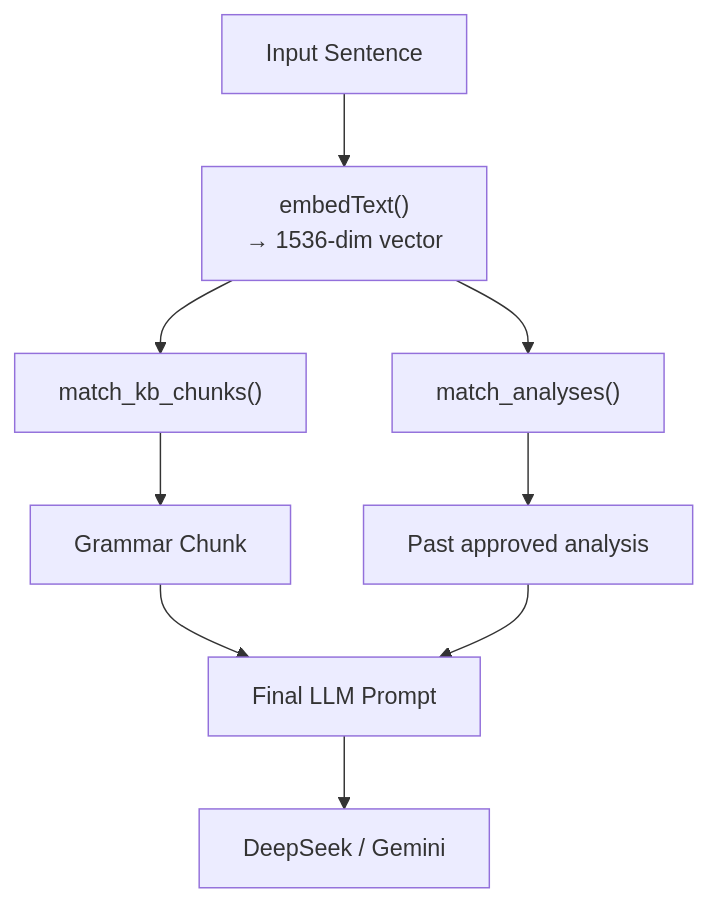
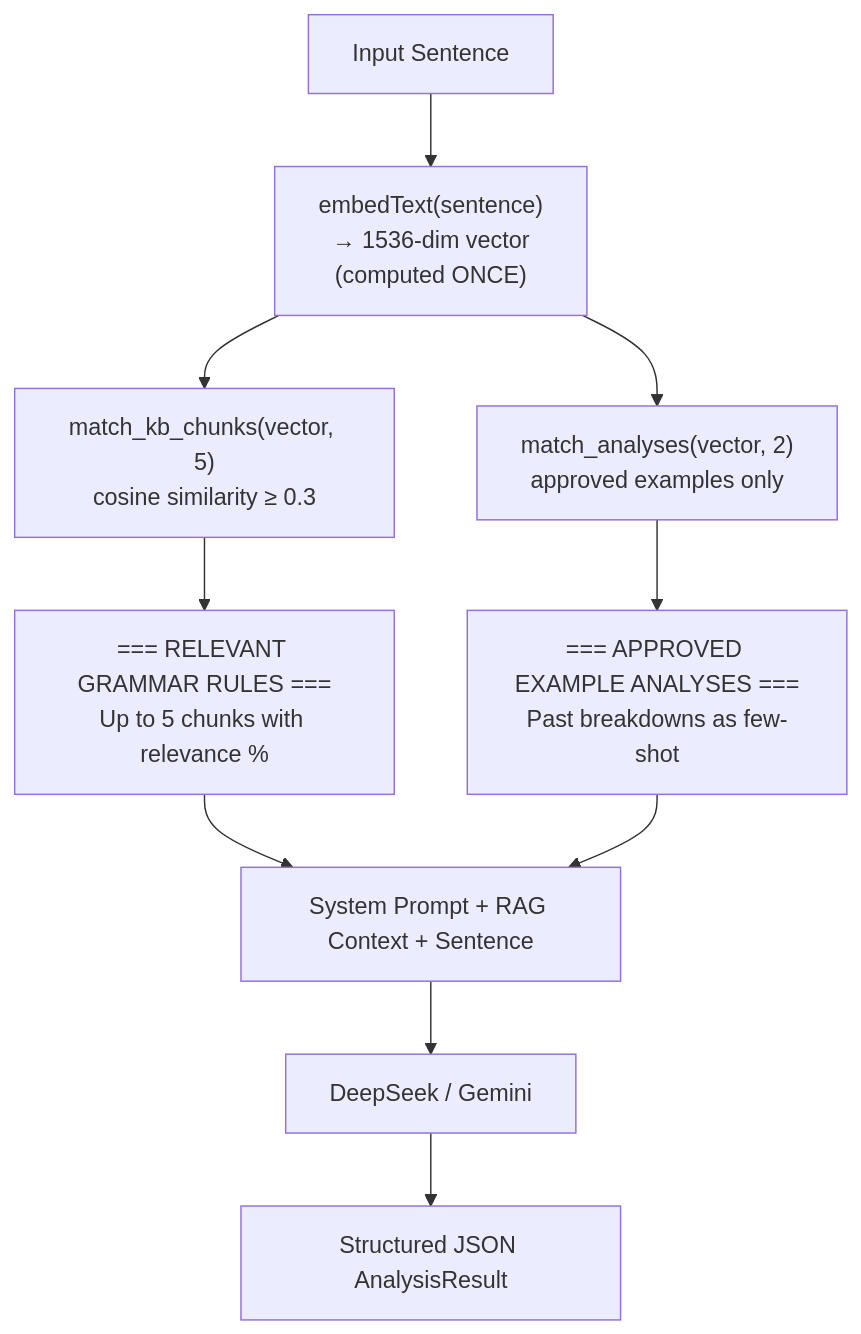
Before and after one commit to IckeNount/caffeine: the eighth of 9 diagrams in docs/system_design.md, drawn with Mermaid. The commit also changed other lines of this file and 48 other files, not shown here.

Commit message:
feat: Add authentication, admin dashboard, and scalable architecture

````diff
--- a/docs/system_design.md
+++ b/docs/system_design.md
@@ -190,14 +429,15 @@
 ```mermaid
 flowchart TD
     INPUT["Input Sentence"]
-    INPUT --> EMB["embedText()<br/>→ 1536-dim vector"]
+    INPUT --> EMB["embedText(sentence)<br/>→ 1536-dim vector<br/>(computed ONCE)"]
 
-    EMB --> SEARCH1["match_kb_chunks()"]
-    EMB --> SEARCH2["match_analyses()"]
+    EMB --> S1["match_kb_chunks(vector, 5)<br/>cosine similarity ≥ 0.3"]
+    EMB --> S2["match_analyses(vector, 2)<br/>approved examples only"]
 
-    SEARCH1 --> R1["Grammar Chunk"]
-    SEARCH2 --> R4["Past approved analysis"]
+    S1 --> CTX1["=== RELEVANT GRAMMAR RULES ===<br/>Up to 5 chunks with relevance %"]
+    S2 --> CTX2["=== APPROVED EXAMPLE ANALYSES ===<br/>Past breakdowns as few-shot"]
 
-    R1 & R4 --> PROMPT["Final LLM Prompt"]
+    CTX1 & CTX2 --> PROMPT["System Prompt + RAG Context + Sentence"]
     PROMPT --> LLM["DeepSeek / Gemini"]
+    LLM --> OUT["Structured JSON AnalysisResult"]
 ```
````
